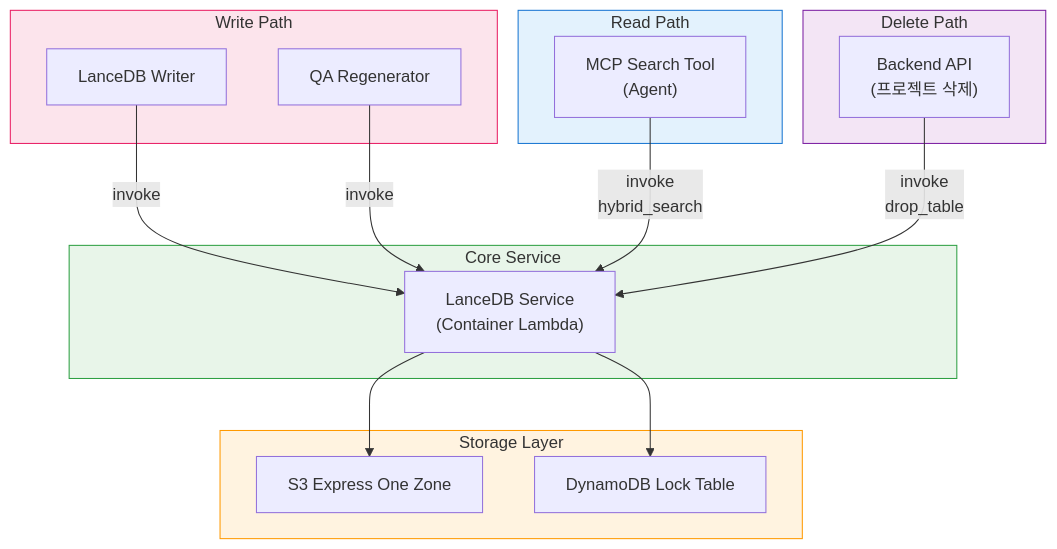
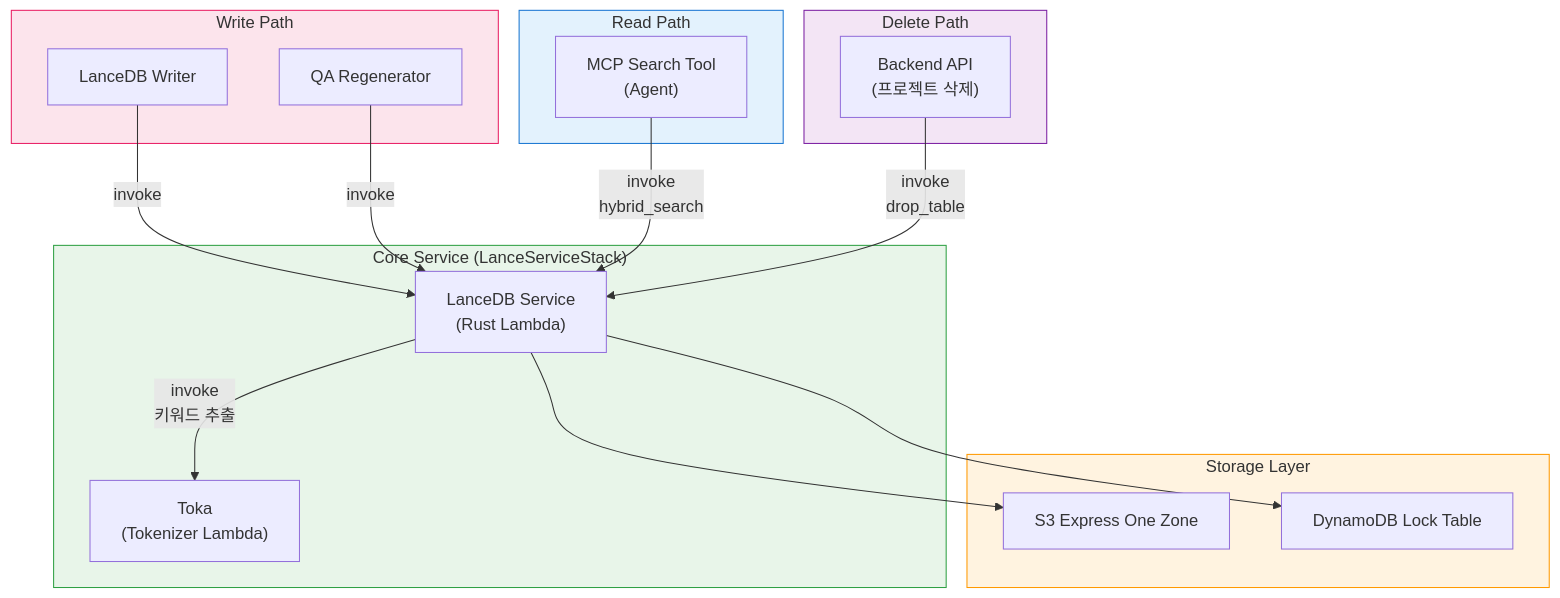
Before and after one commit to rajaelime/sample-aws-idp-pipeline: the diagram in docs/src/content/docs/ko/vectordb.md, drawn with Mermaid. The commit also changed other lines of this file and 32 other files, not shown here.

Commit message:
Update docs for OCR, graph, vectordb, and features

````diff
--- a/docs/src/content/docs/ko/vectordb.md
+++ b/docs/src/content/docs/ko/vectordb.md
@@ -271,37 +328,39 @@
 ```mermaid
 graph TB
     subgraph Write["Write Path"]
         Writer["LanceDB Writer"]
         QA["QA Regenerator"]
     end
 
     subgraph Read["Read Path"]
         MCP["MCP Search Tool<br/>(Agent)"]
     end
 
     subgraph Delete["Delete Path"]
         Backend["Backend API<br/>(프로젝트 삭제)"]
     end
 
-    subgraph Core["Core Service"]
-        Service["LanceDB Service<br/>(Container Lambda)"]
+    subgraph Core["Core Service (LanceServiceStack)"]
+        Service["LanceDB Service<br/>(Rust Lambda)"]
+        Toka["Toka<br/>(Tokenizer Lambda)"]
     end
 
     subgraph Storage["Storage Layer"]
         S3["S3 Express One Zone"]
         DDB["DynamoDB Lock Table"]
     end
 
     Writer -->|invoke| Service
     QA -->|invoke| Service
     MCP -->|invoke<br/>hybrid_search| Service
     Backend -->|invoke<br/>drop_table| Service
 
+    Service -->|invoke<br/>키워드 추출| Toka
     Service --> S3 & DDB
 
     style Storage fill:#fff3e0,stroke:#ff9900
     style Core fill:#e8f5e9,stroke:#2ea043
     style Write fill:#fce4ec,stroke:#e91e63
     style Read fill:#e3f2fd,stroke:#1976d2
     style Delete fill:#f3e5f5,stroke:#7b1fa2
 ```
````
